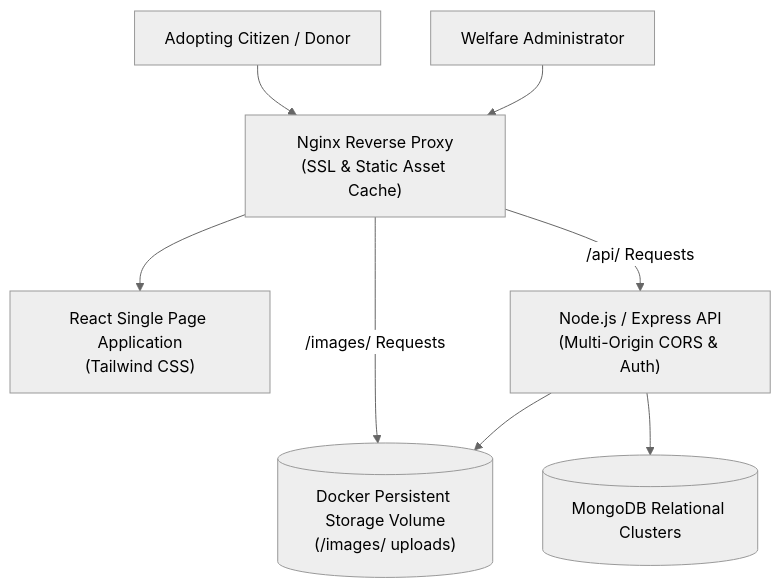
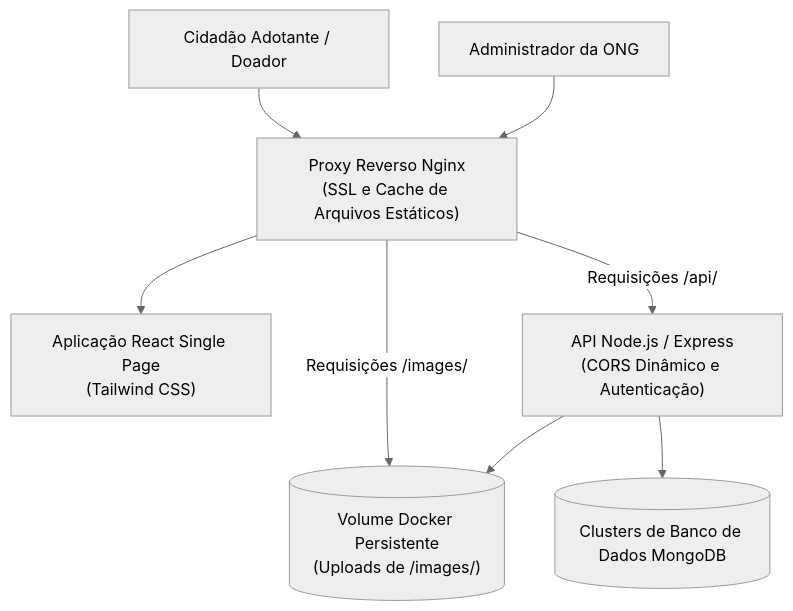
One commit to Fcsscoder/case-studies changed the first of 2 diagrams in frontend-and-web-apps/community-welfare-adoption-platform/README.md. Above: the diagram before and after it, drawn with Mermaid (neutral theme). The commit also changed other lines of this file and 21 other files, not shown here.

````diff
--- a/frontend-and-web-apps/community-welfare-adoption-platform/README.md
+++ b/frontend-and-web-apps/community-welfare-adoption-platform/README.md
@@ -9,18 +9,18 @@
 ```mermaid
 graph TD
-    User["Adopting Citizen / Donor"]
-    Admin["Welfare Administrator"]
-    Nginx["Nginx Reverse Proxy<br/>(SSL & Static Asset Cache)"]
-    Frontend["React Single Page Application<br/>(Tailwind CSS)"]
-    Backend["Node.js / Express API<br/>(Multi-Origin CORS & Auth)"]
-    DB[("MongoDB Relational Clusters")]
-    Volume[("Docker Persistent Storage Volume<br/>(/images/ uploads)")]
+    User["Cidadão Adotante / Doador"]
+    Admin["Administrador da ONG"]
+    Nginx["Proxy Reverso Nginx<br/>(SSL e Cache de Arquivos Estáticos)"]
+    Frontend["Aplicação React Single Page<br/>(Tailwind CSS)"]
+    Backend["API Node.js / Express<br/>(CORS Dinâmico e Autenticação)"]
+    DB[("Clusters de Banco de Dados MongoDB")]
+    Volume[("Volume Docker Persistente<br/>(Uploads de /images/)")]
 
     User --> Nginx
     Admin --> Nginx
     Nginx --> Frontend
-    Nginx -->|/images/ Requests| Volume
-    Nginx -->|/api/ Requests| Backend
+    Nginx -->|Requisições /images/| Volume
+    Nginx -->|Requisições /api/| Backend
     Backend --> DB
     Backend --> Volume
 ```
````
